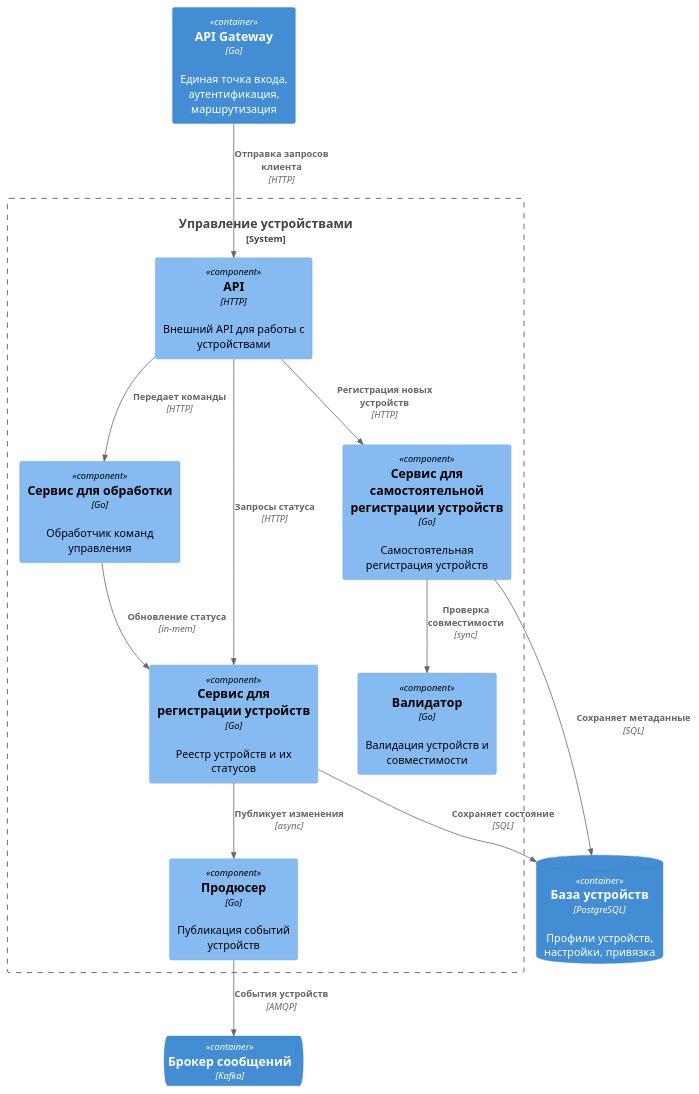
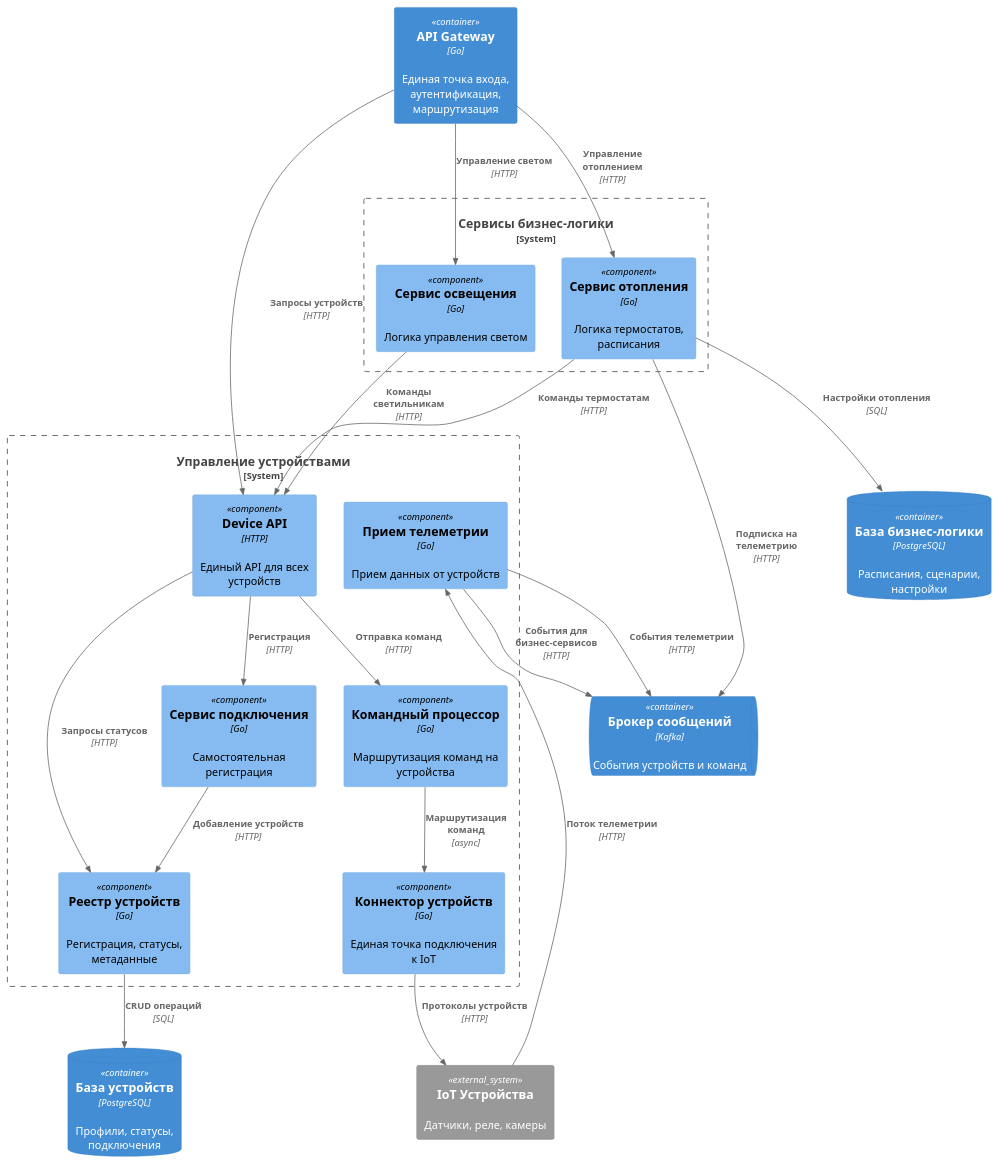
The diagram in Device_Component.wsd (kirktriplefive/architecture-warmhouse), drawn with PlantUML before and after one commit. The commit also changed 1 other file, not shown here.

```diff
--- a/Device_Component.wsd
+++ b/Device_Component.wsd
@@ -1,30 +1,46 @@
-@startuml C4_Component_Device
+@startuml C4_Component_Unified
 !include https://raw.githubusercontent.com/plantuml-stdlib/C4-PlantUML/master/C4_Component.puml
 
 Container(app_api, "API Gateway", "Go", "Единая точка входа, аутентификация, маршрутизация")
 
 System_Boundary(device_boundary, "Управление устройствами") {
-    Component(device_api, "API", "HTTP", "Внешний API для работы с устройствами")
-    Component(device_command, "Сервис для обработки", "Go", "Обработчик команд управления")
-    Component(device_registry, "Сервис для регистрации устройств", "Go", "Реестр устройств и их статусов")
-    Component(device_provisioning, "Сервис для самостоятельной регистрации устройств", "Go", "Самостоятельная регистрация устройств")
-    Component(device_validation, "Валидатор", "Go", "Валидация устройств и совместимости")
-    Component(device_event, "Продюсер", "Go", "Публикация событий устройств")
+    Component(device_api, "Device API", "HTTP", "Единый API для всех устройств")
+    Component(device_registry, "Реестр устройств", "Go", "Регистрация, статусы, метаданные")
+    Component(device_command, "Командный процессор", "Go", "Маршрутизация команд на устройства")
+    Component(device_provisioning, "Сервис подключения", "Go", "Самостоятельная регистрация")
+    Component(device_connector, "Коннектор устройств", "Go", "Единая точка подключения к IoT")
+    Component(telemetry_ingest, "Прием телеметрии", "Go", "Прием данных от устройств")
 }
 
-ContainerDb(device_db, "База устройств", "PostgreSQL", "Профили устройств, настройки, привязка")
-ContainerQueue(message_broker, "Брокер сообщений", "Kafka")
+System_Boundary(business_boundary, "Сервисы бизнес-логики") {
+    Component(heating_service, "Сервис отопления", "Go", "Логика термостатов, расписания")
+    Component(lighting_service, "Сервис освещения", "Go", "Логика управления светом")
+}
 
+ContainerDb(device_db, "База устройств", "PostgreSQL", "Профили, статусы, подключения")
+ContainerDb(business_db, "База бизнес-логики", "PostgreSQL", "Расписания, сценарии, настройки")
+ContainerQueue(message_broker, "Брокер сообщений", "Kafka", "События устройств и команд")
+System_Ext(iot_device, "IoT Устройства", "Датчики, реле, камеры")
 
-Rel(device_api, device_command, "Передает команды", "HTTP")
-Rel(device_api, device_registry, "Запросы статуса", "HTTP")
-Rel(device_api, device_provisioning, "Регистрация новых устройств", "HTTP")
-Rel(device_command, device_registry, "Обновление статуса", "in-mem")
-Rel(device_provisioning, device_validation, "Проверка совместимости", "sync")
-Rel(device_registry, device_event, "Публикует изменения", "async")
-Rel(device_event, message_broker, "События устройств", "AMQP")
-Rel(device_registry, device_db, "Сохраняет состояние", "SQL")
-Rel(device_provisioning, device_db, "Сохраняет метаданные", "SQL")
-Rel(app_api, device_api, "Отправка запросов клиента", "HTTP")
+Rel(app_api, device_api, "Запросы устройств", "HTTP")
+Rel(app_api, heating_service, "Управление отоплением", "HTTP")
+Rel(app_api, lighting_service, "Управление светом", "HTTP")
+
+Rel(device_api, device_registry, "Запросы статусов", "HTTP")
+Rel(device_api, device_command, "Отправка команд", "HTTP")
+Rel(device_api, device_provisioning, "Регистрация", "HTTP")
+Rel(device_provisioning, device_registry, "Добавление устройств", "HTTP")
+Rel(device_command, device_connector, "Маршрутизация команд", "async")
+Rel(device_connector, iot_device, "Протоколы устройств", "HTTP")
+Rel(iot_device, telemetry_ingest, "Поток телеметрии", "HTTP")
+Rel(telemetry_ingest, message_broker, "События телеметрии", "HTTP")
+
+Rel(device_registry, device_db, "CRUD операций", "SQL")
+Rel(heating_service, business_db, "Настройки отопления", "SQL")
+
+Rel(heating_service, device_api, "Команды термостатам", "HTTP")
+Rel(lighting_service, device_api, "Команды светильникам", "HTTP")
+Rel(telemetry_ingest, message_broker, "События для бизнес-сервисов", "HTTP")
+Rel(heating_service, message_broker, "Подписка на телеметрию", "HTTP")
 
 @enduml
```
